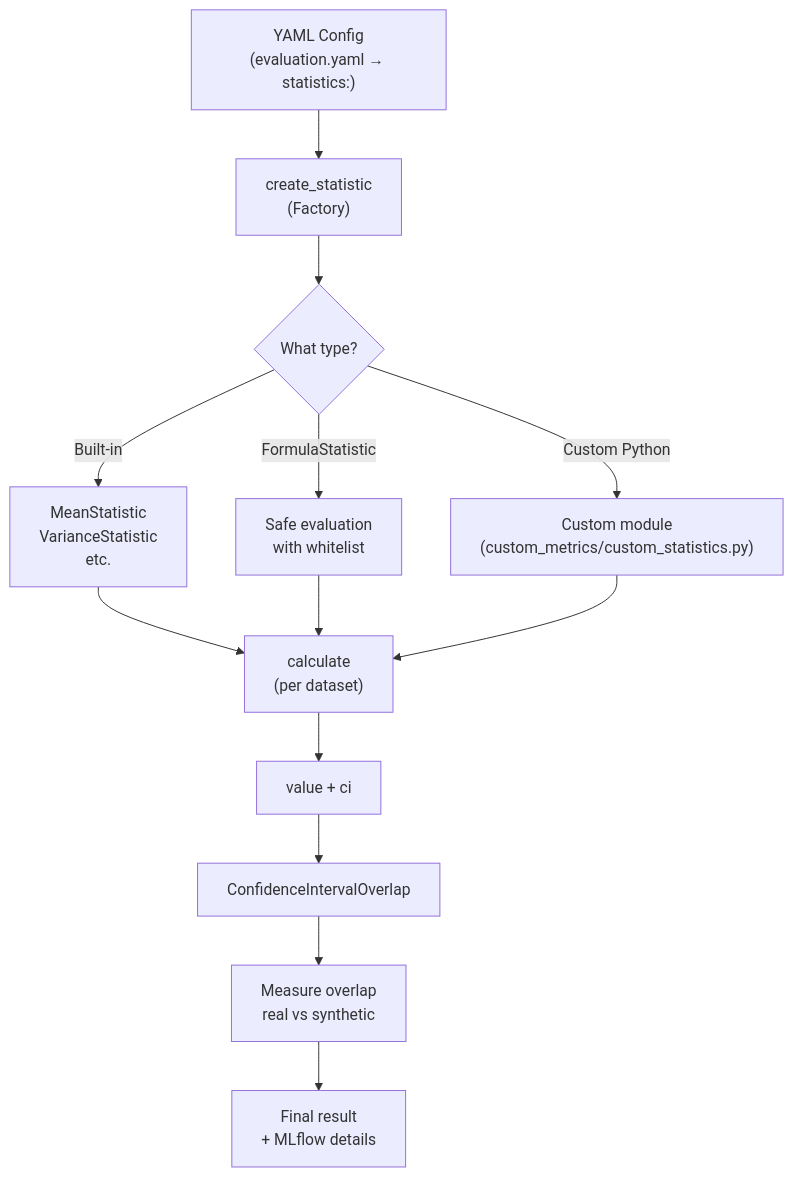
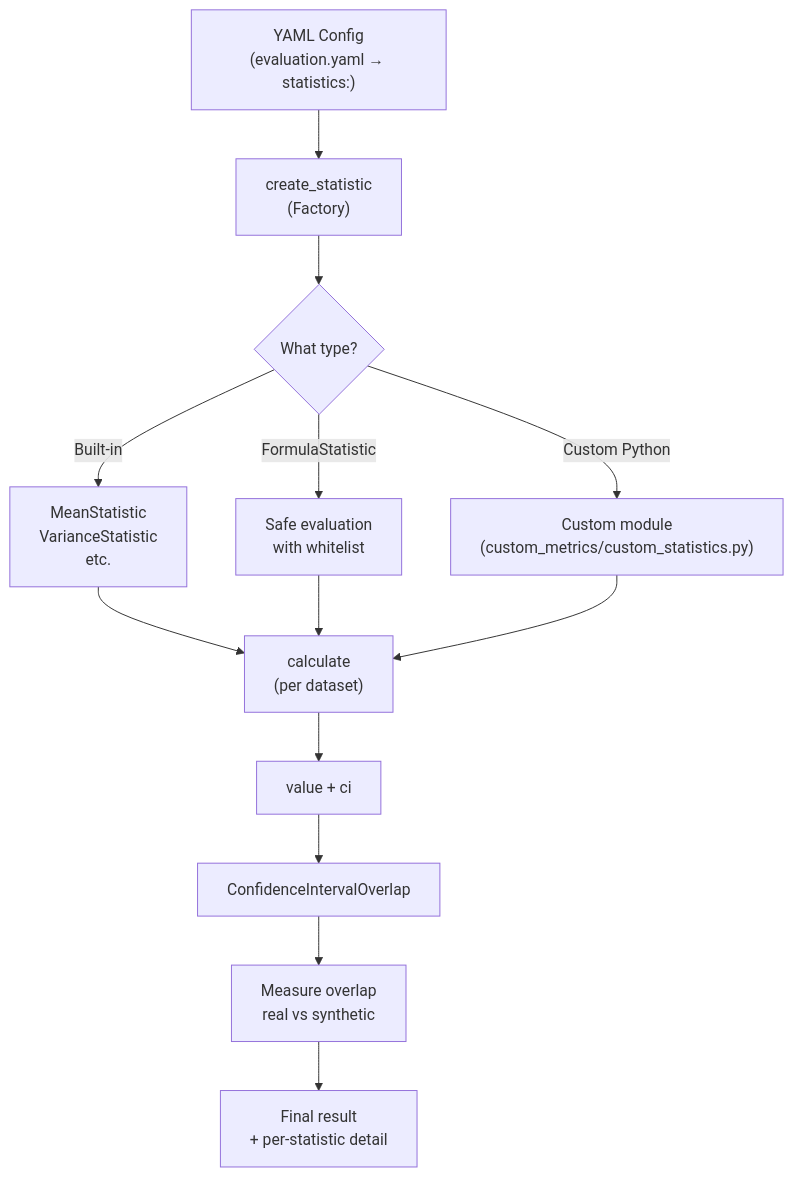
One commit to Espacio-Nacional-de-Datos-de-Salud/Datos-Sinteticos changed the diagram in docs/concepts/confidence_interval_overlap.md. Above: the diagram before and after it, drawn with Mermaid. The commit also changed other lines of this file and 443 other files, not shown here.

````diff
--- a/docs/concepts/confidence_interval_overlap.md
+++ b/docs/concepts/confidence_interval_overlap.md
@@ -59,15 +59,15 @@
 ```mermaid
 graph TD
     A["YAML Config<br/>(evaluation.yaml → statistics:)"] --> B["create_statistic<br/>(Factory)"]
     B --> C{"What type?"}
     C -->|Built-in| D["MeanStatistic<br/>VarianceStatistic<br/>etc."]
     C -->|FormulaStatistic| E["Safe evaluation<br/>with whitelist"]
     C -->|Custom Python| F["Custom module<br/>(custom_metrics/custom_statistics.py)"]
     D --> G["calculate<br/>(per dataset)"]
     E --> G
     F --> G
     G --> H["value + ci"]
     H --> I["ConfidenceIntervalOverlap"]
     I --> J["Measure overlap<br/>real vs synthetic"]
-    J --> K["Final result<br/>+ MLflow details"]
+    J --> K["Final result<br/>+ per-statistic detail"]
 ```
````
